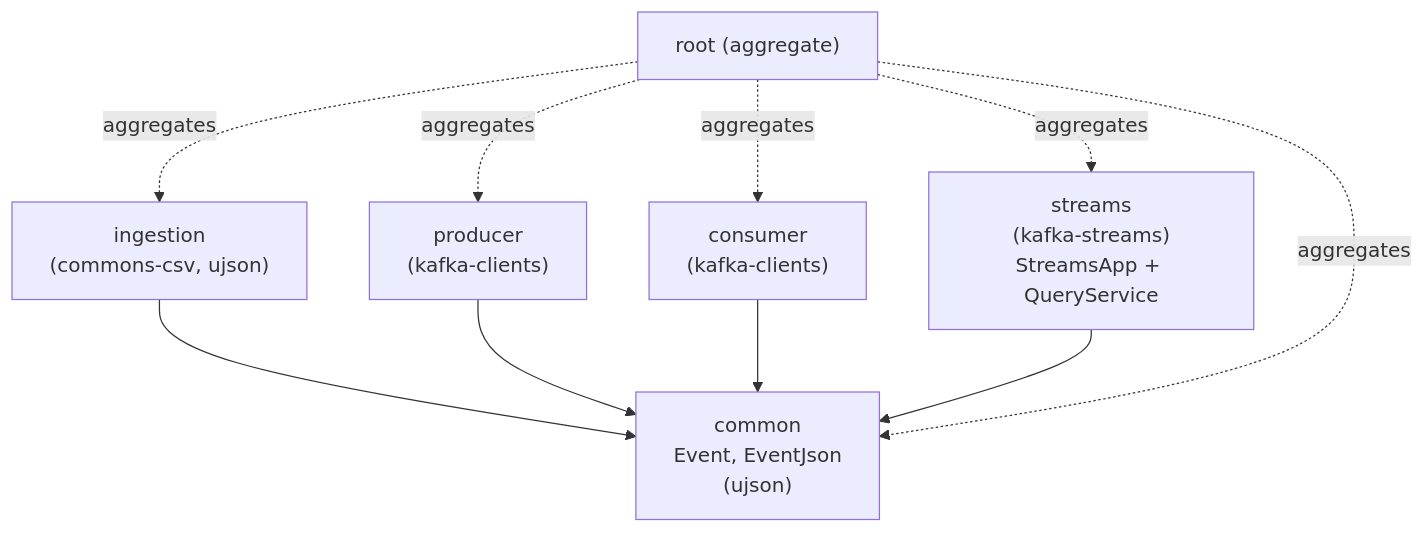
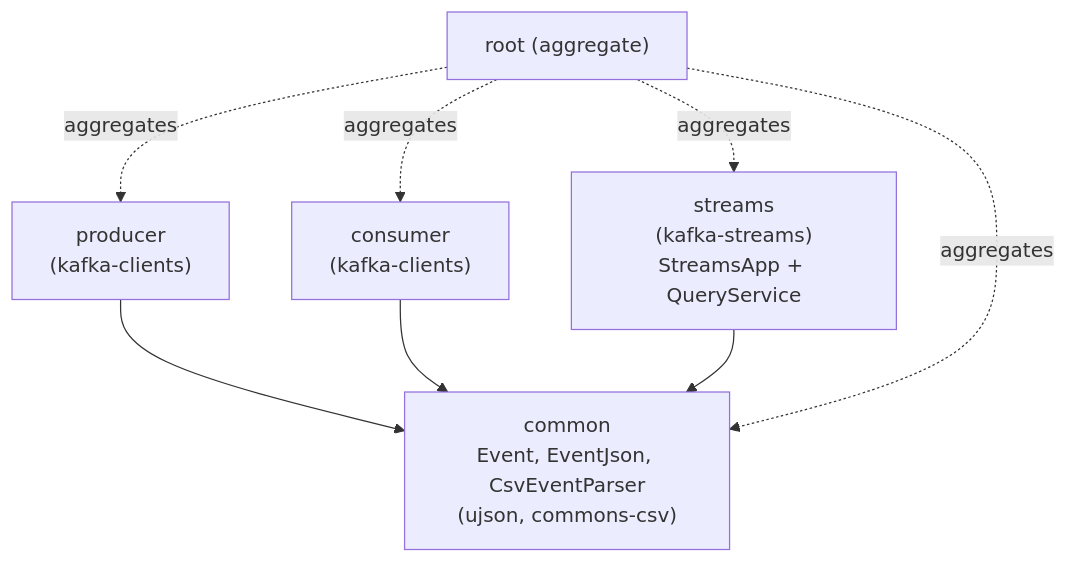
One commit to edthu/CS-E4780-project changed the fourth of 4 diagrams in ai_docs/ARCHITECTURE.md. Above: the diagram before and after it, drawn with Mermaid. The commit also changed other lines of this file and 14 other files, not shown here.

````diff
--- a/ai_docs/ARCHITECTURE.md
+++ b/ai_docs/ARCHITECTURE.md
@@ -114,20 +110,17 @@
 ```mermaid
 flowchart TB
-    common["common<br/>Event, EventJson<br/>(ujson)"]
-    ingestion["ingestion<br/>(commons-csv, ujson)"]
+    common["common<br/>Event, EventJson, CsvEventParser<br/>(ujson, commons-csv)"]
     producer["producer<br/>(kafka-clients)"]
     consumer["consumer<br/>(kafka-clients)"]
     streams["streams<br/>(kafka-streams)<br/>StreamsApp + QueryService"]
     root["root (aggregate)"]
 
-    ingestion --> common
     producer --> common
     consumer --> common
     streams --> common
 
     root -.aggregates.-> common
-    root -.aggregates.-> ingestion
     root -.aggregates.-> producer
     root -.aggregates.-> consumer
     root -.aggregates.-> streams
 ```
````
